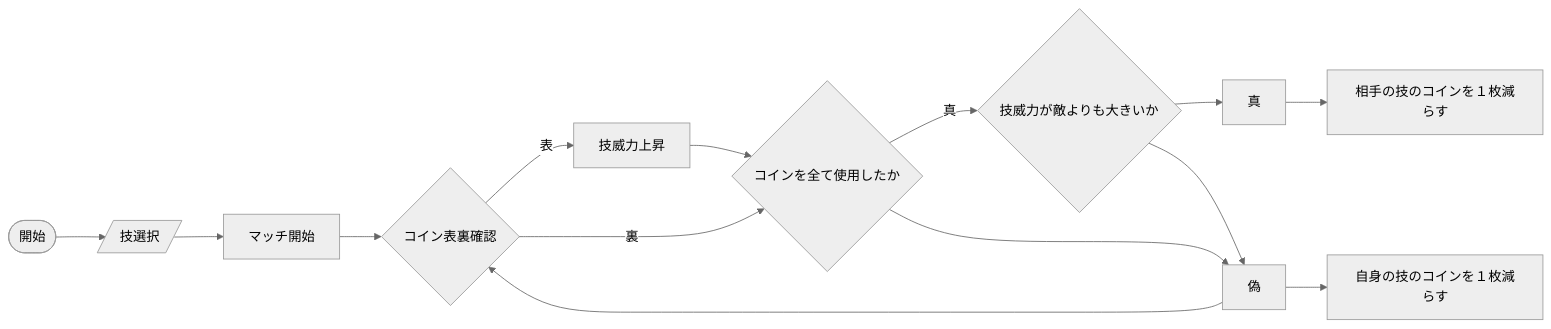
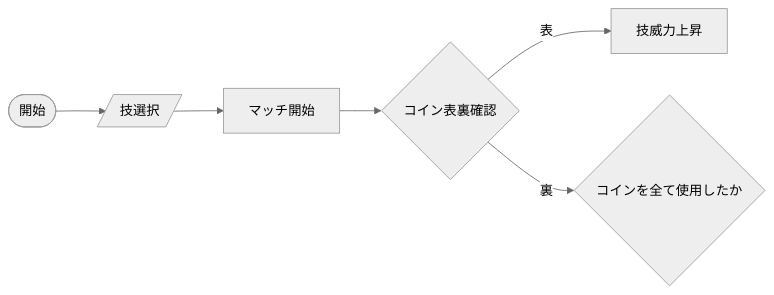
The first of 3 diagrams in README.md (tpu-game-2023/mermaid_test), drawn with Mermaid (neutral theme) before and after one commit.

Commit message:
見取り図F確認

````diff
--- a/README.md
+++ b/README.md
@@ -20,14 +20,10 @@
 ```mermaid
 flowchart LR;
    A([開始]) --> B[/技選択/];
    B --> C[マッチ開始];
    C --> D{コイン表裏確認};
    D --表-->E[技威力上昇];
    D --裏--> F{コインを全て使用したか};
-   E-->F;
-   F--真-->G{技威力が敵よりも大きいか};
-   F-->偽-->D;
-   G-->真-->H[相手の技のコインを１枚減らす];
-   G-->偽-->I[自身の技のコインを１枚減らす];
+   
    
 ```
````
